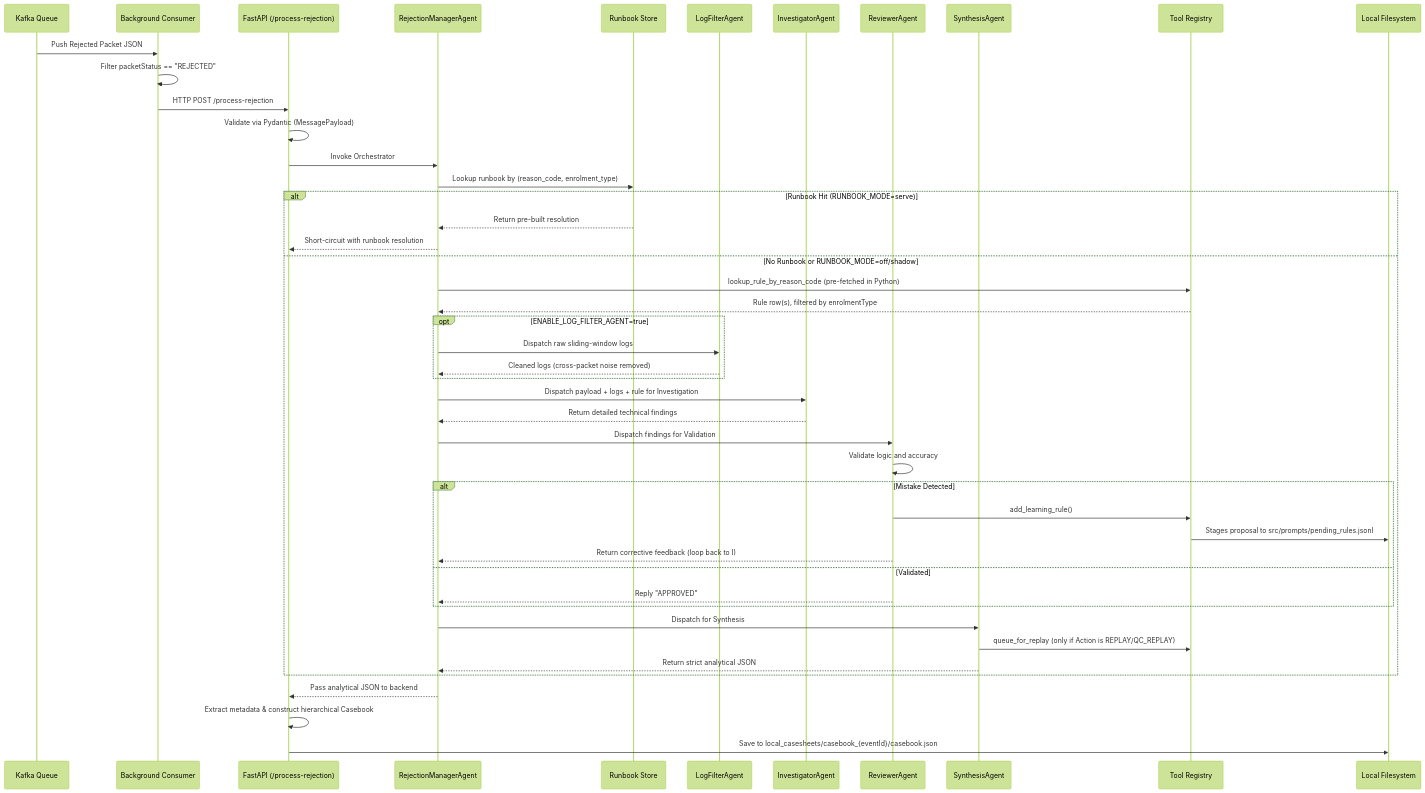
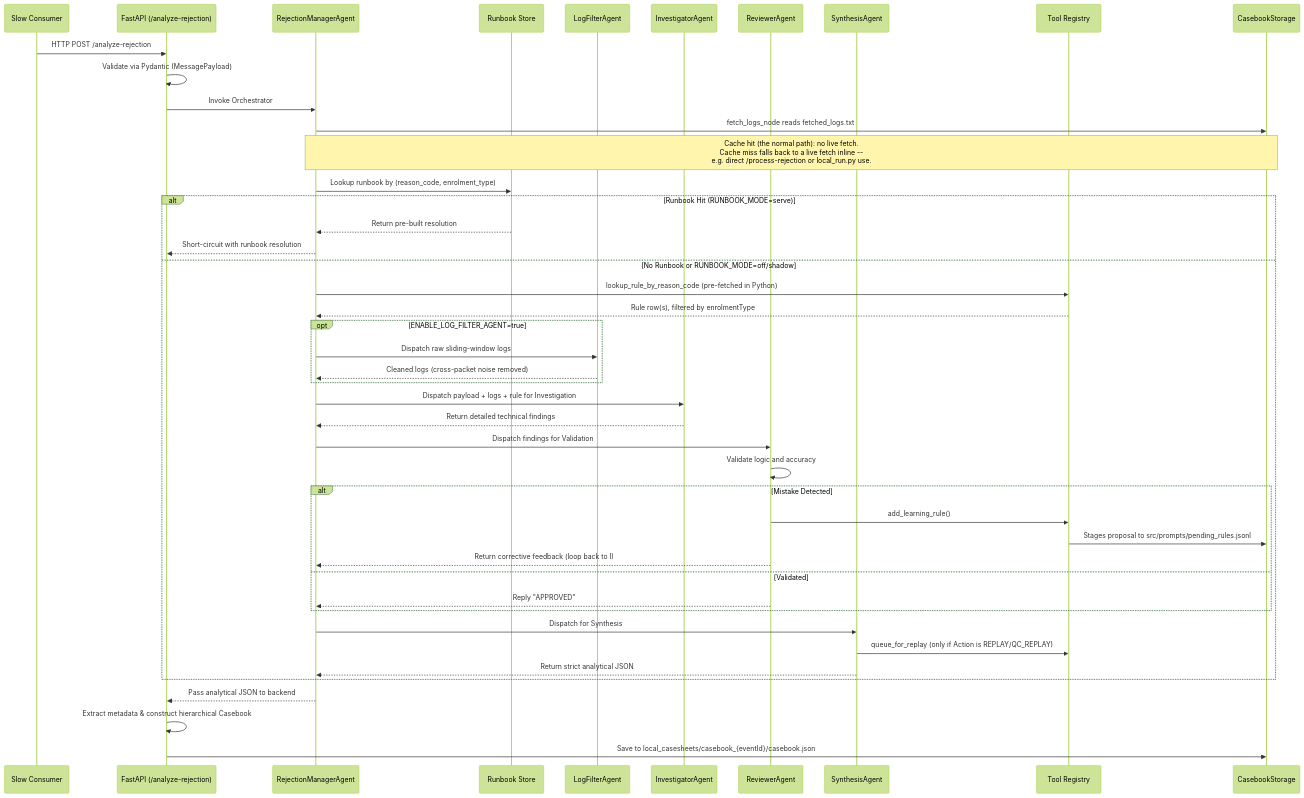
The second of 2 diagrams in ARCHITECTURE.md (GuruSrikanth10/packet-CRM), drawn with Mermaid (forest theme) before and after one commit. The commit also changed other lines of this file and 16 other files, not shown here.

````diff
--- a/ARCHITECTURE.md
+++ b/ARCHITECTURE.md
@@ -12,57 +46,57 @@
 ```mermaid
 sequenceDiagram
-    participant K as Kafka Queue
-    participant C as Background Consumer
-    participant API as FastAPI (/process-rejection)
+    participant SC as Slow Consumer
+    participant API as FastAPI (/analyze-rejection)
     participant M as RejectionManagerAgent
     participant RB as Runbook Store
     participant LF as LogFilterAgent
     participant I as InvestigatorAgent
     participant R as ReviewerAgent
     participant S as SynthesisAgent
     participant T as Tool Registry
-    participant FS as Local Filesystem
+    participant FS as CasebookStorage
 
-    K->>C: Push Rejected Packet JSON
-    C->>C: Filter packetStatus == "REJECTED"
-    C->>API: HTTP POST /process-rejection
+    SC->>API: HTTP POST /analyze-rejection
     
     API->>API: Validate via Pydantic (MessagePayload)
     API->>M: Invoke Orchestrator
+
+    M->>FS: fetch_logs_node reads fetched_logs.txt
+    Note over M,FS: Cache hit (the normal path): no live fetch.<br/>Cache miss falls back to a live fetch inline --<br/>e.g. direct /process-rejection or local_run.py use.
     
     M->>RB: Lookup runbook by (reason_code, enrolment_type)
     alt Runbook Hit (RUNBOOK_MODE=serve)
         RB-->>M: Return pre-built resolution
         M-->>API: Short-circuit with runbook resolution
     else No Runbook or RUNBOOK_MODE=off/shadow
         M->>T: lookup_rule_by_reason_code (pre-fetched in Python)
         T-->>M: Rule row(s), filtered by enrolmentType
         
         opt ENABLE_LOG_FILTER_AGENT=true
             M->>LF: Dispatch raw sliding-window logs
             LF-->>M: Cleaned logs (cross-packet noise removed)
         end
         
         M->>I: Dispatch payload + logs + rule for Investigation
         I-->>M: Return detailed technical findings
         
         M->>R: Dispatch findings for Validation
         R->>R: Validate logic and accuracy
         
         alt Mistake Detected
             R->>T: add_learning_rule()
             T->>FS: Stages proposal to src/prompts/pending_rules.jsonl
             R-->>M: Return corrective feedback (loop back to I)
         else Validated
             R-->>M: Reply "APPROVED"
         end
         
         M->>S: Dispatch for Synthesis
         S->>T: queue_for_replay (only if Action is REPLAY/QC_REPLAY)
         S-->>M: Return strict analytical JSON
     end
     
     M-->>API: Pass analytical JSON to backend
     API->>API: Extract metadata & construct hierarchical Casebook
     API->>FS: Save to local_casesheets/casebook_{eventId}/casebook.json
 ```
````
